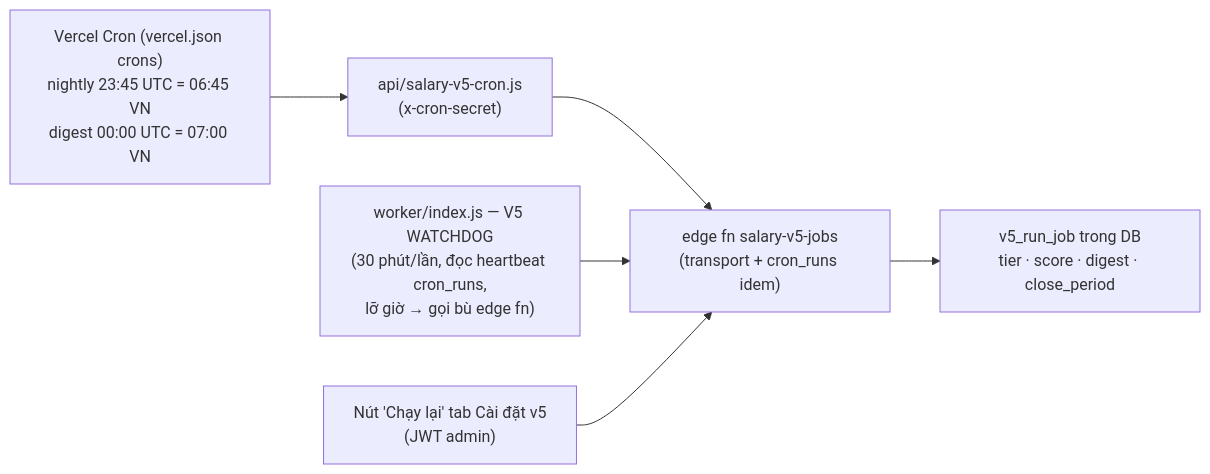
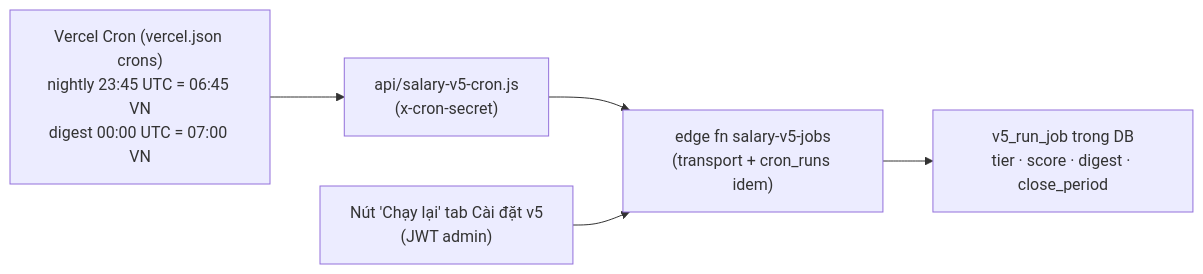
One commit to zxGreenxz/whiteboard-ihomecrm changed the second of 2 diagrams in docs/he-thong/17-luong-thuong.md. Above: the diagram before and after it, drawn with Mermaid. The commit also changed other lines of this file and 73 other files, not shown here.

````diff
--- a/docs/he-thong/17-luong-thuong.md
+++ b/docs/he-thong/17-luong-thuong.md
@@ -227,8 +236,7 @@
 ```mermaid
 flowchart LR
     VC["Vercel Cron (vercel.json crons)\nnightly 23:45 UTC = 06:45 VN\ndigest 00:00 UTC = 07:00 VN"] --> API["api/salary-v5-cron.js\n(x-cron-secret)"]
     API --> EF["edge fn salary-v5-jobs\n(transport + cron_runs idem)"]
-    WD["worker/index.js — V5 WATCHDOG\n(30 phút/lần, đọc heartbeat cron_runs,\nlỡ giờ → gọi bù edge fn)"] --> EF
     BTN["Nút 'Chạy lại' tab Cài đặt v5\n(JWT admin)"] --> EF
     EF --> RUN["v5_run_job trong DB\ntier · score · digest · close_period"]
 ```
````
